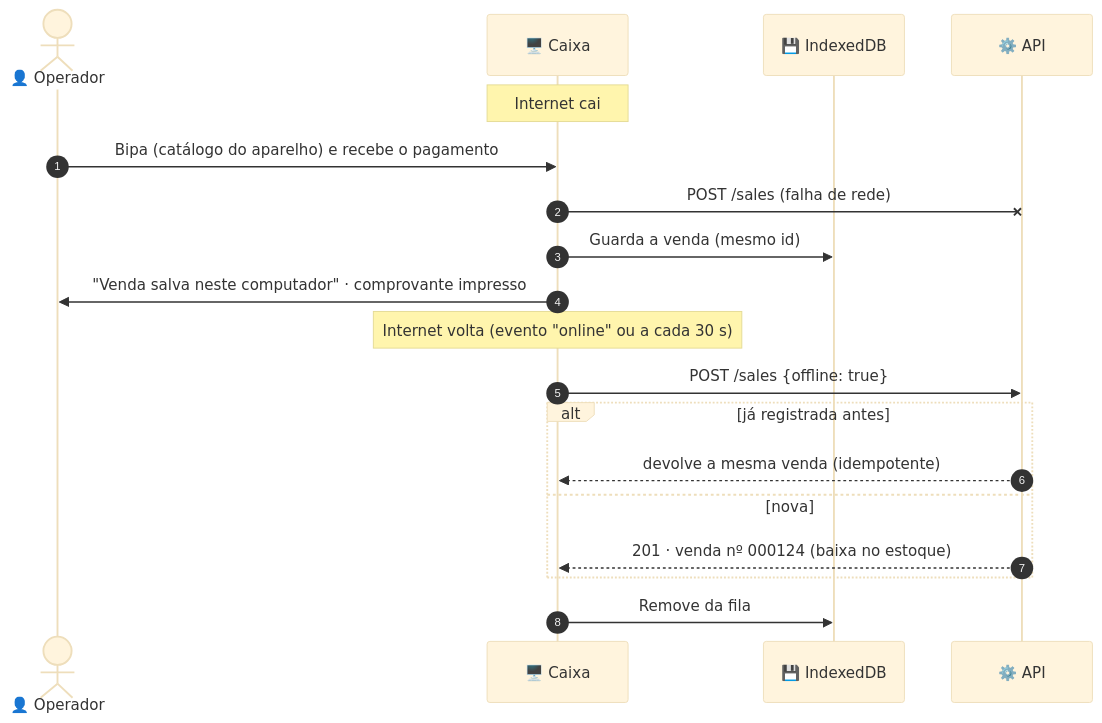
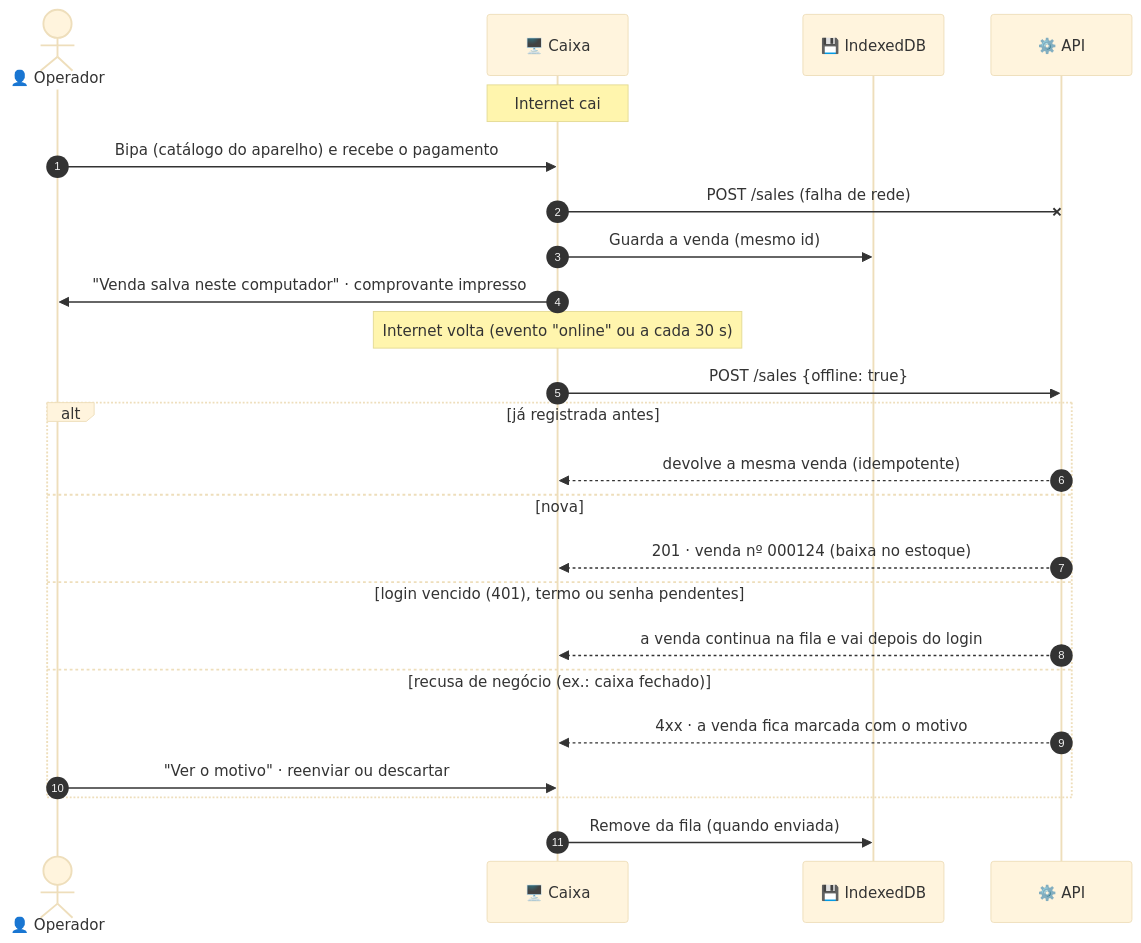
One commit to tassiocarvalho/vl-estoque changed the eighth of 13 diagrams in README.md. Above: the diagram before and after it, drawn with Mermaid (base theme). The commit also changed other lines of this file and 6 other files, not shown here.

First line of the commit message:
Fila offline: login vencido não marca a venda como erro; tela com o motivo, reenvio e descarte

````diff
--- a/README.md
+++ b/README.md
@@ -633,22 +633,27 @@
 ```mermaid
 sequenceDiagram
     autonumber
     actor O as 👤 Operador
     participant C as 🖥️ Caixa
     participant Q as 💾 IndexedDB
     participant API as ⚙️ API
 
     Note over C: Internet cai
     O->>C: Bipa (catálogo do aparelho) e recebe o pagamento
     C-xAPI: POST /sales (falha de rede)
     C->>Q: Guarda a venda (mesmo id)
     C->>O: "Venda salva neste computador" · comprovante impresso
     Note over C: Internet volta (evento "online" ou a cada 30 s)
     C->>API: POST /sales {offline: true}
     alt já registrada antes
         API-->>C: devolve a mesma venda (idempotente)
     else nova
         API-->>C: 201 · venda nº 000124 (baixa no estoque)
+    else login vencido (401), termo ou senha pendentes
+        API-->>C: a venda continua na fila e vai depois do login
+    else recusa de negócio (ex.: caixa fechado)
+        API-->>C: 4xx · a venda fica marcada com o motivo
+        O->>C: "Ver o motivo" · reenviar ou descartar
     end
-    C->>Q: Remove da fila
+    C->>Q: Remove da fila (quando enviada)
 ```
````
